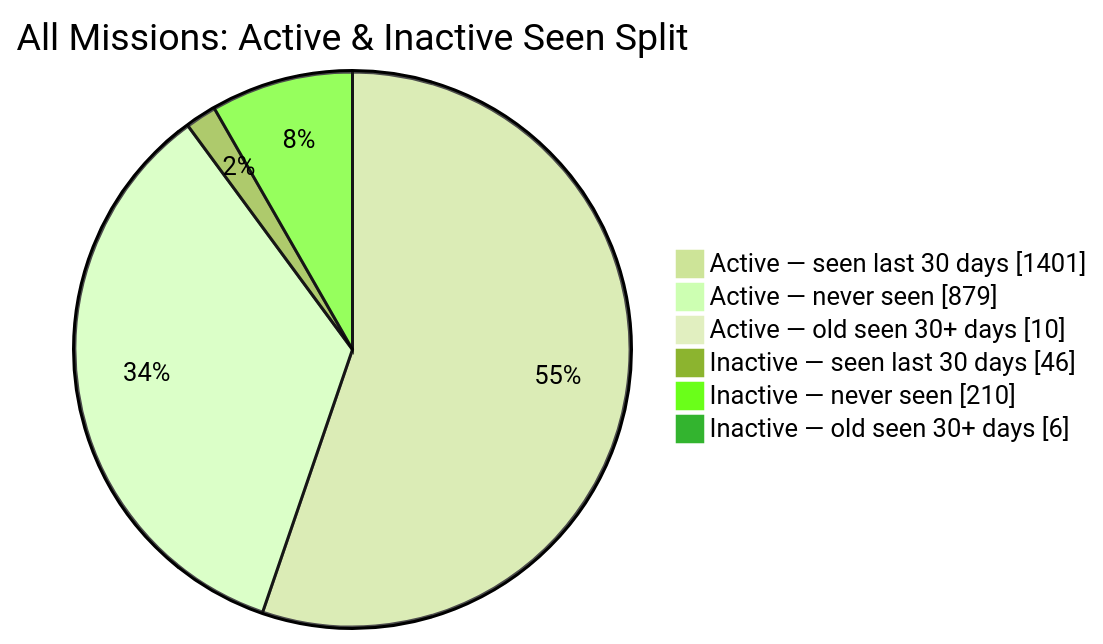
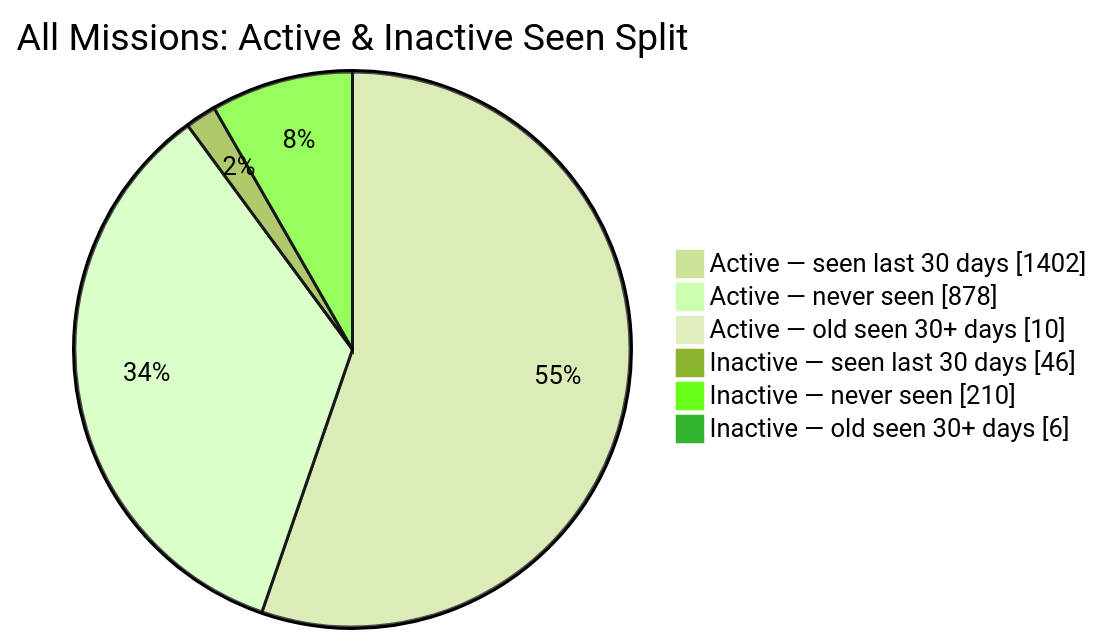
The second of 2 diagrams in README.md (MeldkamerspelGameTeam/active-missions), drawn with Mermaid (forest theme) before and after one commit. The commit also changed other lines of this file and 3 other files, not shown here.

````diff
--- a/README.md
+++ b/README.md
@@ -44,10 +44,10 @@
 ```mermaid
 pie showData
     title All Missions: Active & Inactive Seen Split
-    "Active — seen last 30 days" : 1401
-    "Active — never seen" : 879
+    "Active — seen last 30 days" : 1402
+    "Active — never seen" : 878
     "Active — old seen 30+ days" : 10
     "Inactive — seen last 30 days" : 46
     "Inactive — never seen" : 210
     "Inactive — old seen 30+ days" : 6
 ```
````
